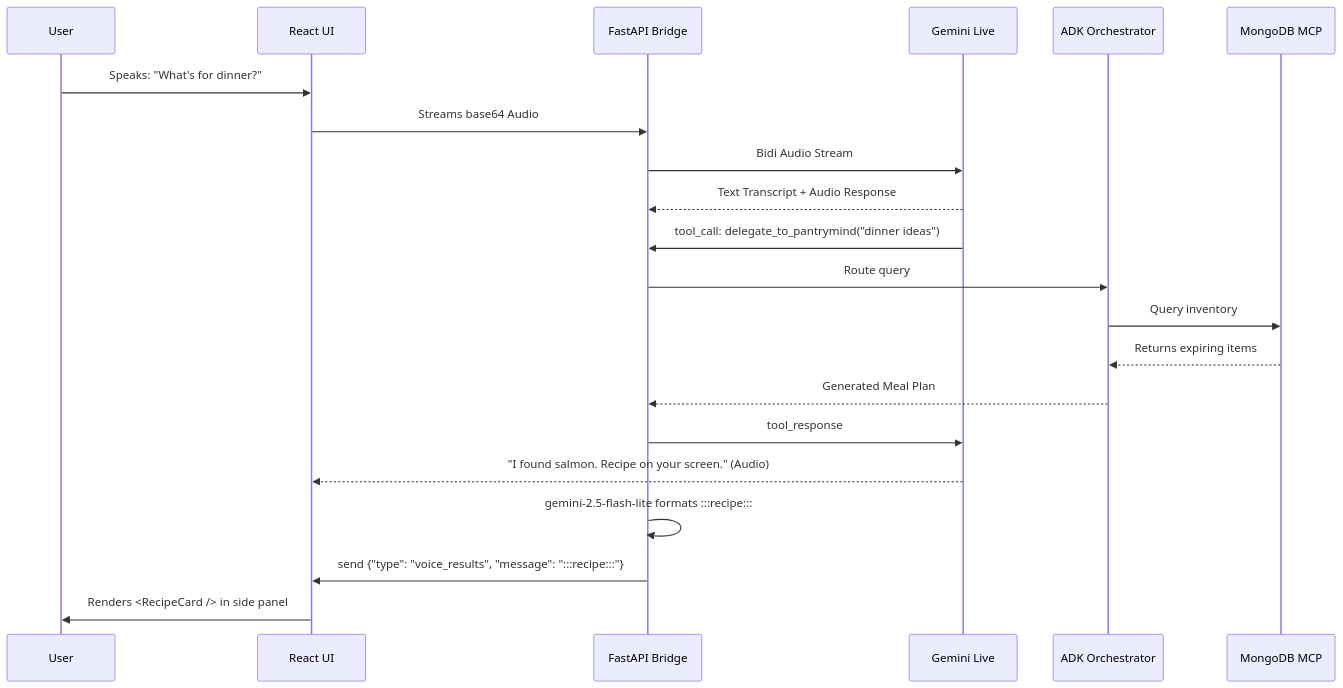
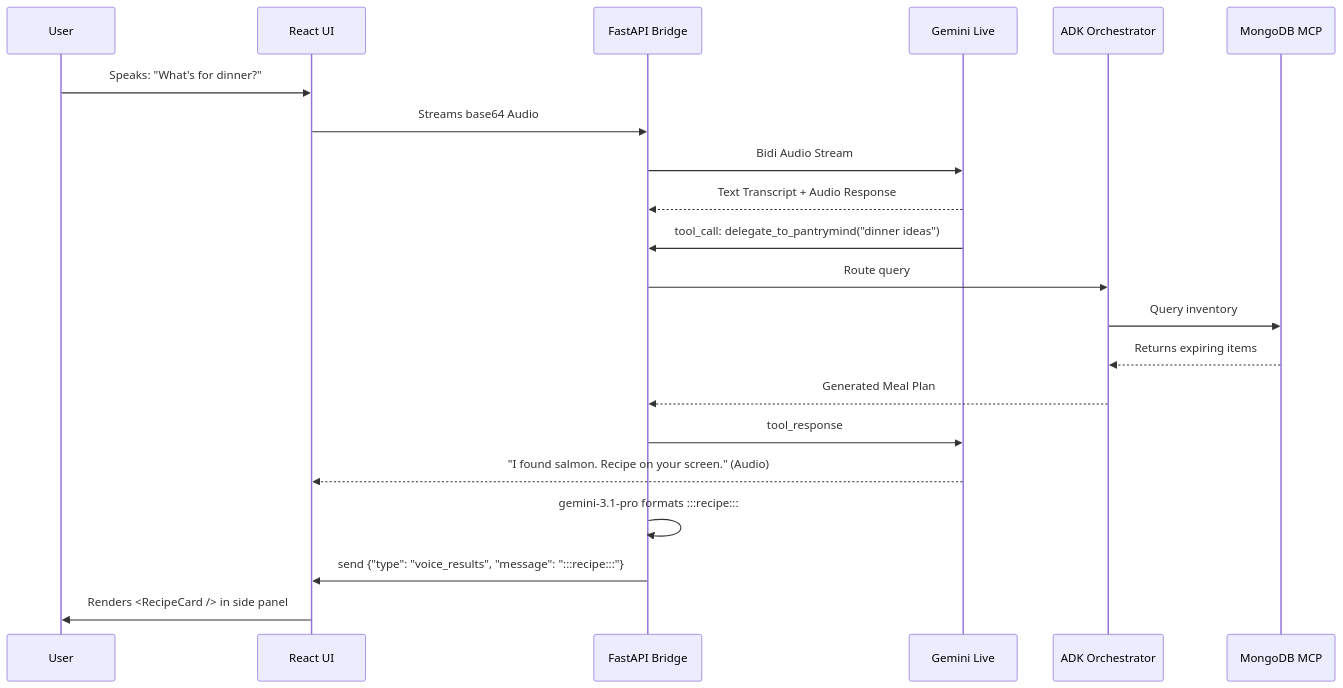
One commit to harshavarthan6767/pantrymind changed the diagram in docs/VOICE_AGENT_ARCHITECTURE.md. Above: the diagram before and after it, drawn with Mermaid. The commit also changed other lines of this file and 255 other files, not shown here.

Commit message:
chore: upgrade all model references to Gemini 3.1 Pro

````diff
--- a/docs/VOICE_AGENT_ARCHITECTURE.md
+++ b/docs/VOICE_AGENT_ARCHITECTURE.md
@@ -71,27 +71,27 @@
 ```mermaid
 sequenceDiagram
     participant User
     participant React UI
     participant FastAPI Bridge
     participant Gemini Live
     participant ADK Orchestrator
     participant MongoDB MCP
 
     User->>React UI: Speaks: "What's for dinner?"
     React UI->>FastAPI Bridge: Streams base64 Audio
     FastAPI Bridge->>Gemini Live: Bidi Audio Stream
     Gemini Live-->>FastAPI Bridge: Text Transcript + Audio Response
     Gemini Live->>FastAPI Bridge: tool_call: delegate_to_pantrymind("dinner ideas")
     
     FastAPI Bridge->>ADK Orchestrator: Route query
     ADK Orchestrator->>MongoDB MCP: Query inventory
     MongoDB MCP-->>ADK Orchestrator: Returns expiring items
     ADK Orchestrator-->>FastAPI Bridge: Generated Meal Plan
     
     FastAPI Bridge->>Gemini Live: tool_response
     Gemini Live-->>React UI: "I found salmon. Recipe on your screen." (Audio)
     
-    FastAPI Bridge->>FastAPI Bridge: gemini-2.5-flash-lite formats :::recipe:::
+    FastAPI Bridge->>FastAPI Bridge: gemini-3.1-pro formats :::recipe:::
     FastAPI Bridge->>React UI: send {"type": "voice_results", "message": ":::recipe:::"}
     React UI->>User: Renders <RecipeCard /> in side panel
 ```
````
